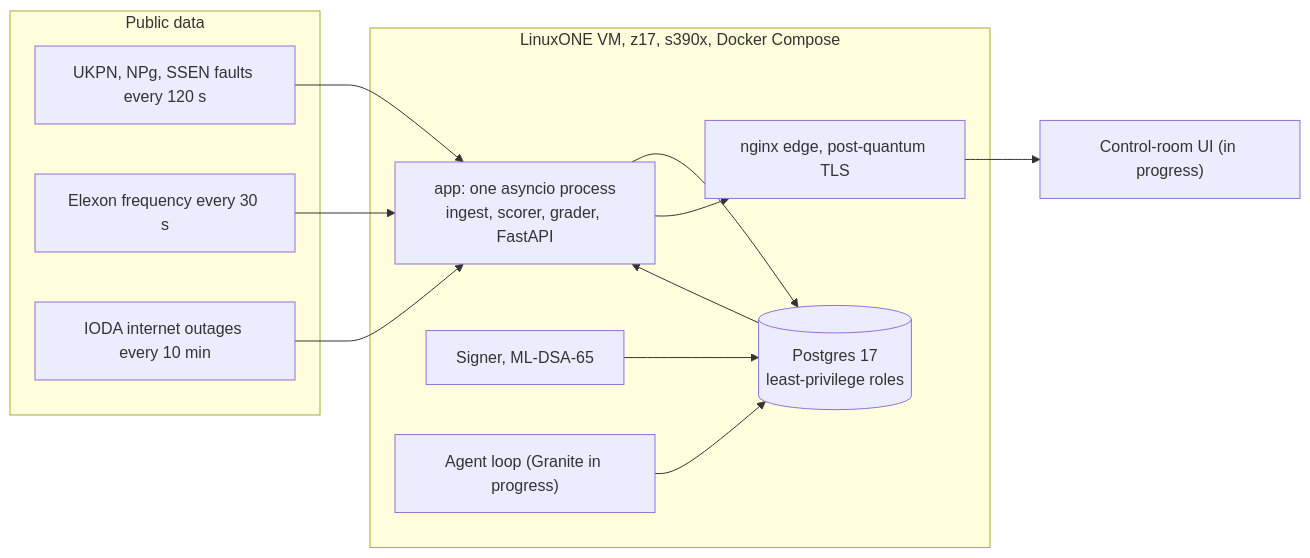
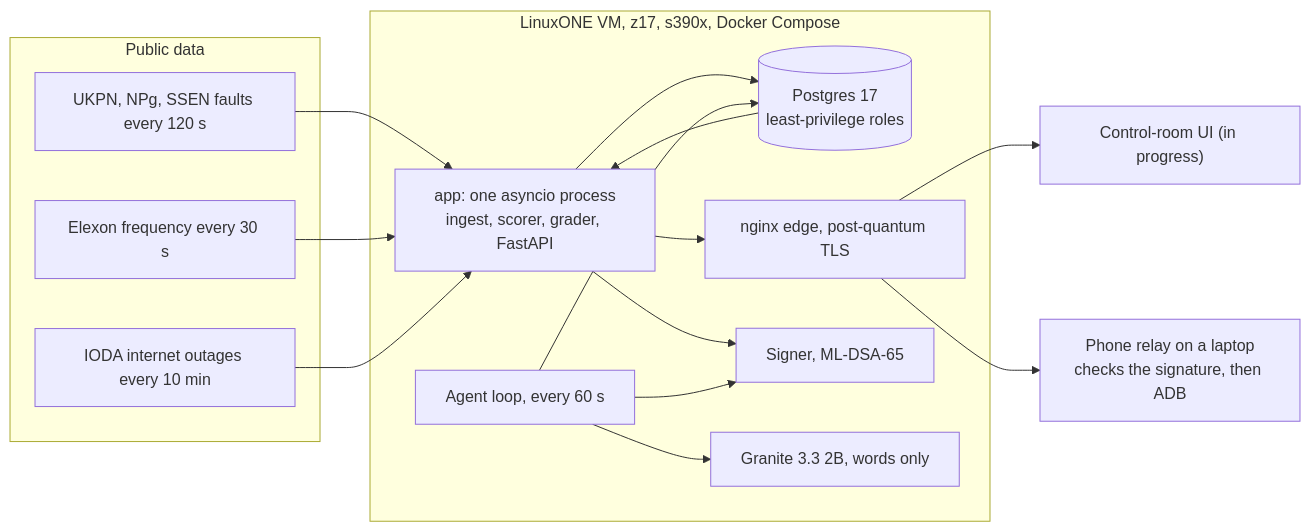
One commit to saliha006/BlackNaught changed the second of 2 diagrams in README.md. Above: the diagram before and after it, drawn with Mermaid. The commit also changed other lines of this file and 1 other file, not shown here.

First line of the commit message:
Describe the platform, the agent and the proof in the README

````diff
--- a/README.md
+++ b/README.md
@@ -72,25 +72,30 @@
 ```mermaid
 flowchart LR
     subgraph Feeds["Public data"]
         F1["UKPN, NPg, SSEN faults every 120 s"]
         F2["Elexon frequency every 30 s"]
         F3["IODA internet outages every 10 min"]
     end
     subgraph VM["LinuxONE VM, z17, s390x, Docker Compose"]
         APP["app: one asyncio process<br/>ingest, scorer, grader, FastAPI"]
         DB[("Postgres 17<br/>least-privilege roles")]
         EDGE["nginx edge, post-quantum TLS"]
         SIGN["Signer, ML-DSA-65"]
-        AGENT["Agent loop (Granite in progress)"]
+        AGENT["Agent loop, every 60 s"]
+        GRAN["Granite 3.3 2B, words only"]
     end
     UI["Control-room UI (in progress)"]
+    PHONE["Phone relay on a laptop<br/>checks the signature, then ADB"]
     F1 --> APP
     F2 --> APP
     F3 --> APP
     APP --> DB
     DB --> APP
     AGENT --> DB
-    SIGN --> DB
+    APP --> SIGN
+    AGENT --> SIGN
+    AGENT --> GRAN
     APP --> EDGE
     EDGE --> UI
+    EDGE --> PHONE
 ```
````
